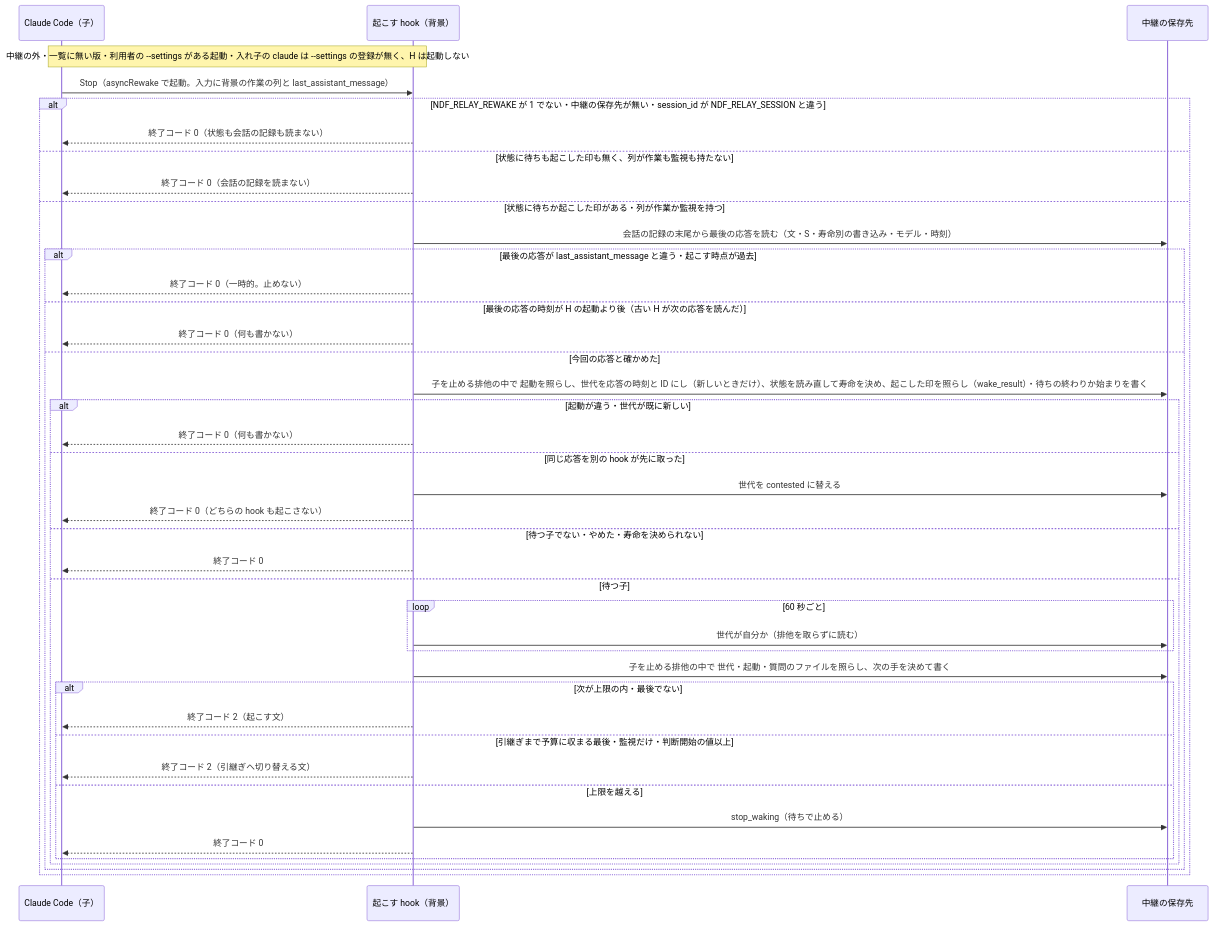
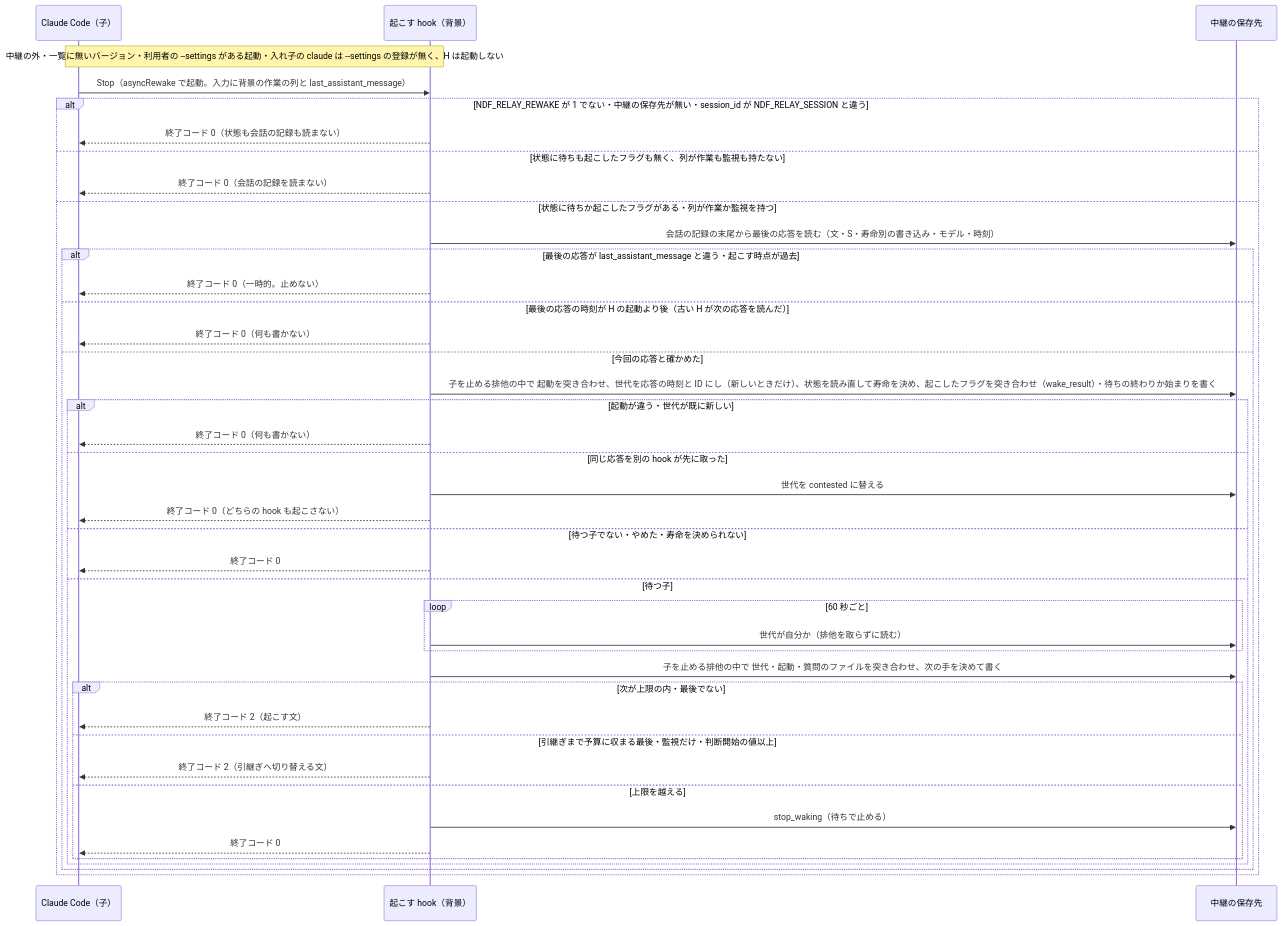
One commit to devbasex/ai-plugins changed the second of 2 diagrams in issues/issue-4068-4199-design.md. Above: the diagram before and after it, drawn with Mermaid. The commit also changed other lines of this file and 3 other files, not shown here.

````diff
--- a/issues/issue-4068-4199-design.md
+++ b/issues/issue-4068-4199-design.md
@@ -121,43 +127,43 @@
 ```mermaid
 sequenceDiagram
   participant CC as Claude Code（子）
   participant H as 起こす hook（背景）
   participant F as 中継の保存先
-  Note over CC,H: 中継の外・一覧に無い版・利用者の --settings がある起動・入れ子の claude は --settings の登録が無く、H は起動しない
+  Note over CC,H: 中継の外・一覧に無いバージョン・利用者の --settings がある起動・入れ子の claude は --settings の登録が無く、H は起動しない
   CC->>H: Stop（asyncRewake で起動。入力に背景の作業の列と last_assistant_message）
   alt NDF_RELAY_REWAKE が 1 でない・中継の保存先が無い・session_id が NDF_RELAY_SESSION と違う
     H-->>CC: 終了コード 0（状態も会話の記録も読まない）
-  else 状態に待ちも起こした印も無く、列が作業も監視も持たない
+  else 状態に待ちも起こしたフラグも無く、列が作業も監視も持たない
     H-->>CC: 終了コード 0（会話の記録を読まない）
-  else 状態に待ちか起こした印がある・列が作業か監視を持つ
+  else 状態に待ちか起こしたフラグがある・列が作業か監視を持つ
     H->>F: 会話の記録の末尾から最後の応答を読む（文・S・寿命別の書き込み・モデル・時刻）
     alt 最後の応答が last_assistant_message と違う・起こす時点が過去
       H-->>CC: 終了コード 0（一時的。止めない）
     else 最後の応答の時刻が H の起動より後（古い H が次の応答を読んだ）
       H-->>CC: 終了コード 0（何も書かない）
     else 今回の応答と確かめた
-      H->>F: 子を止める排他の中で 起動を照らし、世代を応答の時刻と ID にし（新しいときだけ）、状態を読み直して寿命を決め、起こした印を照らし（wake_result）・待ちの終わりか始まりを書く
+      H->>F: 子を止める排他の中で 起動を突き合わせ、世代を応答の時刻と ID にし（新しいときだけ）、状態を読み直して寿命を決め、起こしたフラグを突き合わせ（wake_result）・待ちの終わりか始まりを書く
       alt 起動が違う・世代が既に新しい
         H-->>CC: 終了コード 0（何も書かない）
       else 同じ応答を別の hook が先に取った
         H->>F: 世代を contested に替える
         H-->>CC: 終了コード 0（どちらの hook も起こさない）
       else 待つ子でない・やめた・寿命を決められない
         H-->>CC: 終了コード 0
       else 待つ子
         loop 60 秒ごと
           H->>F: 世代が自分か（排他を取らずに読む）
         end
-        H->>F: 子を止める排他の中で 世代・起動・質問のファイルを照らし、次の手を決めて書く
+        H->>F: 子を止める排他の中で 世代・起動・質問のファイルを突き合わせ、次の手を決めて書く
         alt 次が上限の内・最後でない
           H-->>CC: 終了コード 2（起こす文）
         else 引継ぎまで予算に収まる最後・監視だけ・判断開始の値以上
           H-->>CC: 終了コード 2（引継ぎへ切り替える文）
         else 上限を越える
           H->>F: stop_waking（待ちで止める）
           H-->>CC: 終了コード 0
         end
       end
     end
   end
 ```
````
